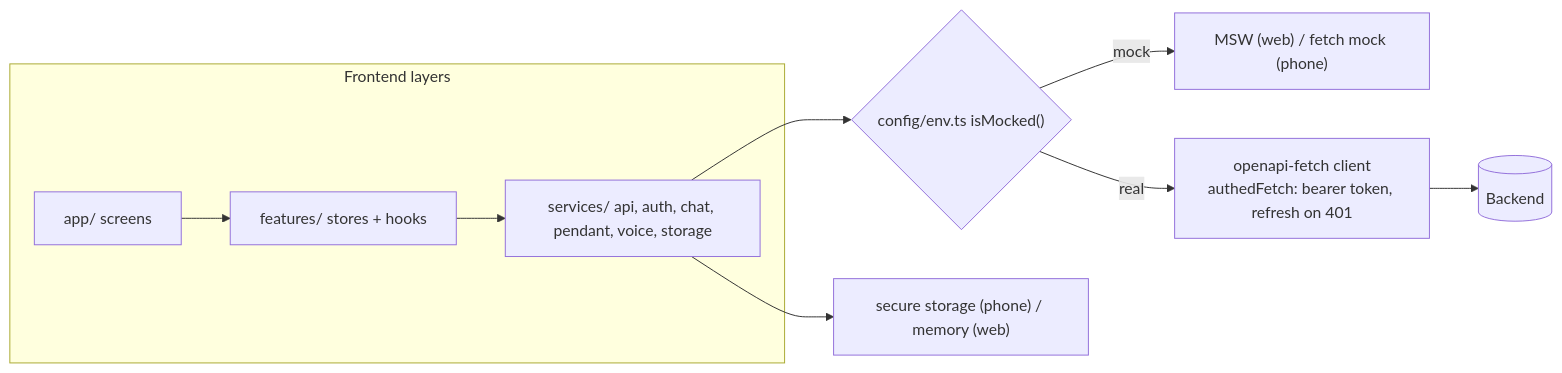
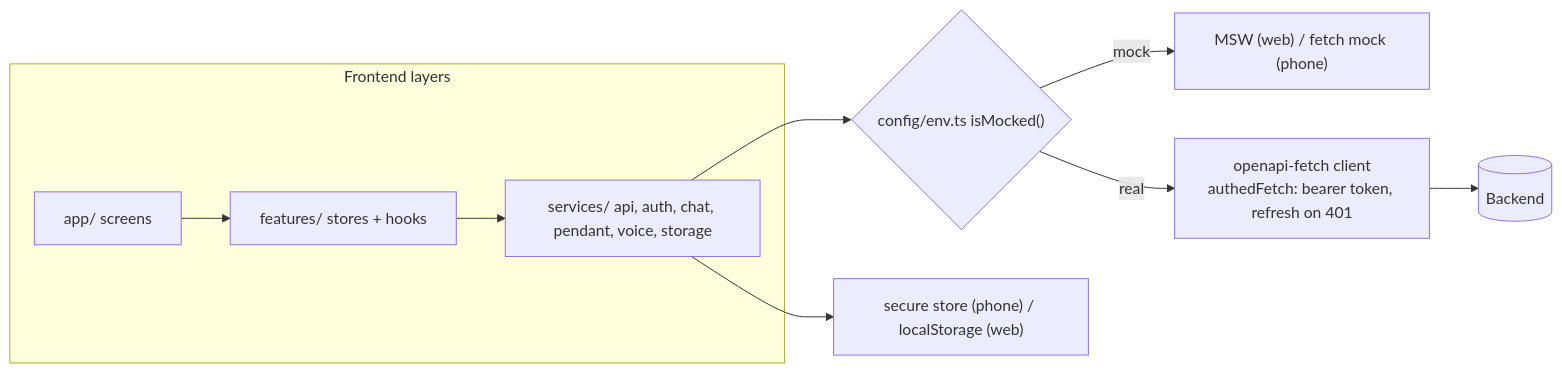
One commit to Svaraa-tech/Svaraa_Core changed the second of 7 diagrams in docs/development/ARCHITECTURE.md. Above: the diagram before and after it, drawn with Mermaid. The commit also changed other lines of this file and 11 other files, not shown here.

````diff
--- a/docs/development/ARCHITECTURE.md
+++ b/docs/development/ARCHITECTURE.md
@@ -79,12 +79,12 @@
 ```mermaid
 flowchart LR
   subgraph FE["Frontend layers"]
     SCR["app/ screens"] --> FEA["features/ stores + hooks"]
     FEA --> SVC["services/ api, auth, chat, pendant, voice, storage"]
   end
   SVC --> SW{"config/env.ts isMocked()"}
   SW -->|mock| MK["MSW (web) / fetch mock (phone)"]
   SW -->|real| NET["openapi-fetch client<br/>authedFetch: bearer token, refresh on 401"]
   NET --> API[("Backend")]
-  SVC --> SEC["secure storage (phone) / memory (web)"]
+  SVC --> SEC["secure store (phone) / localStorage (web)"]
 ```
````
